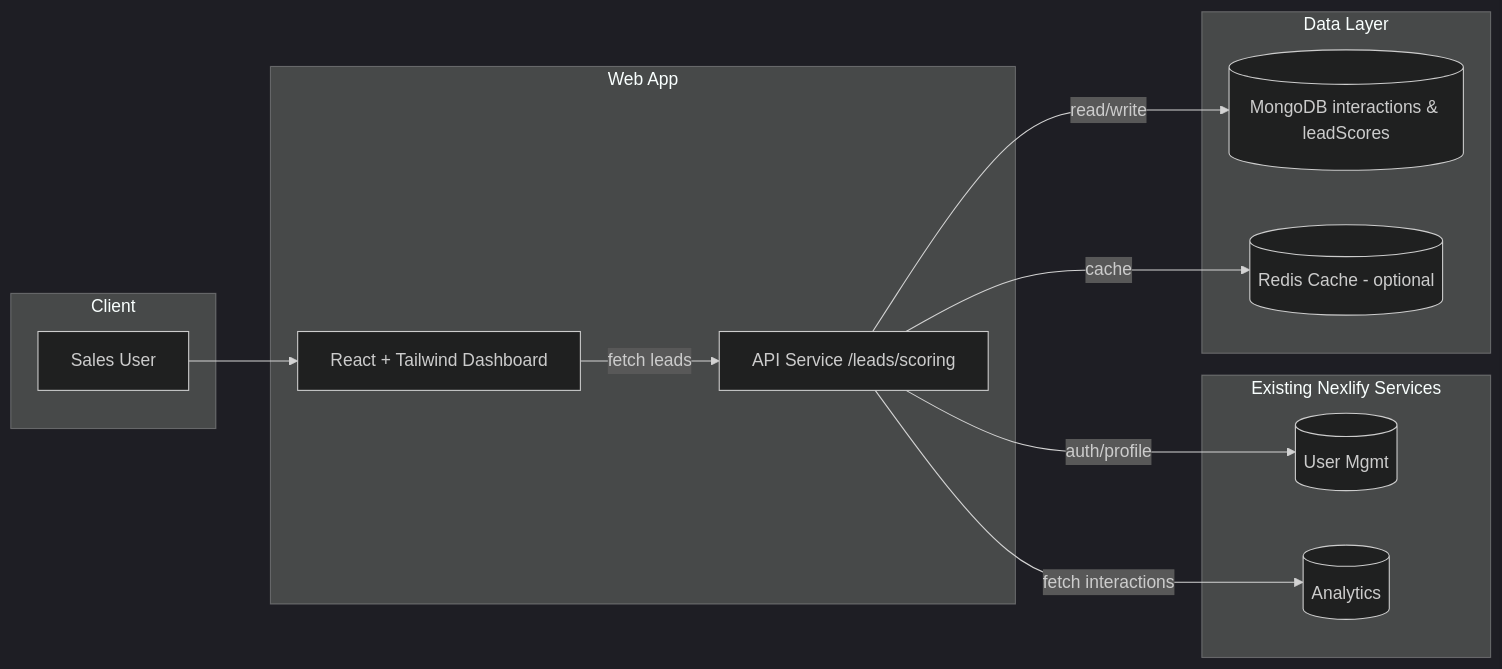
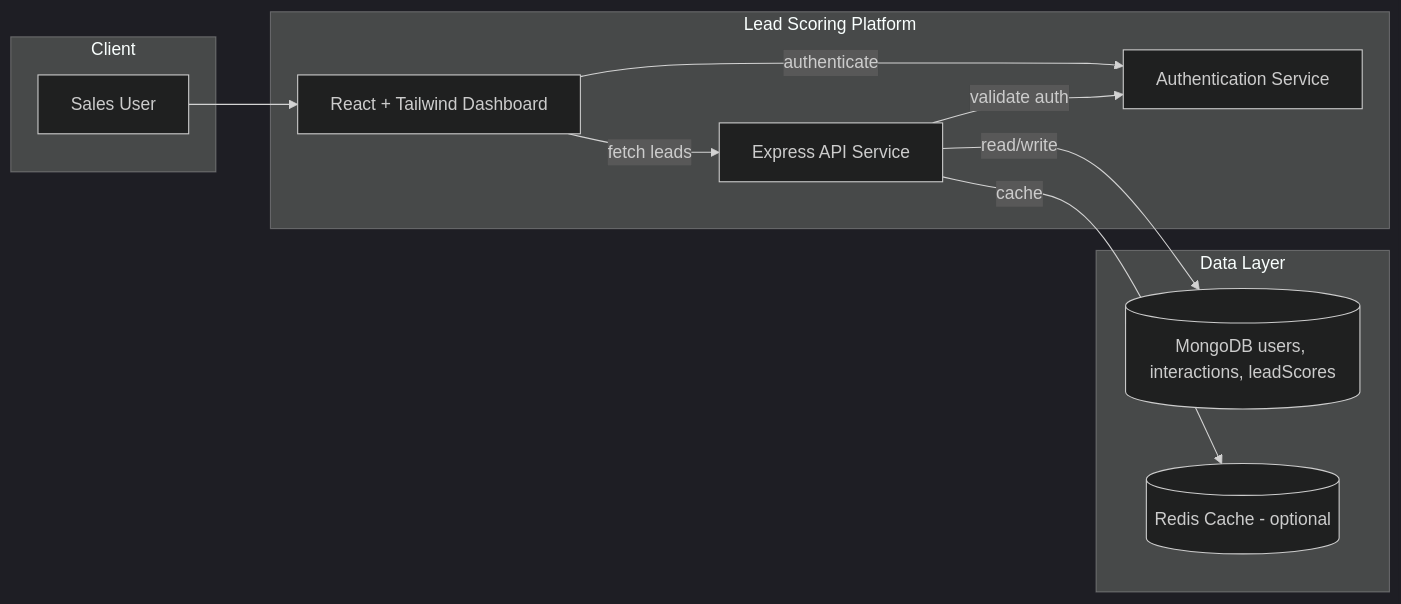
The diagram in .app_spec.md (sneakyaneurysm/nexlify-lead-scorer), drawn with Mermaid (dark theme) before and after one commit. The commit also changed other lines of this file and 1 other file, not shown here.

First line of the commit message:
refactor: convert to standalone Lead Scoring Platform

````diff
--- a/.app_spec.md
+++ b/.app_spec.md
@@ -15,24 +16,21 @@
 ```mermaid
 flowchart LR
   subgraph Client
     U[Sales User]
   end
-  subgraph Web[Web App]
+  subgraph App[Lead Scoring Platform]
     FE[React + Tailwind Dashboard]
-    API[API Service /leads/scoring]
-  end
-  subgraph SVC[Existing Nexlify Services]
-    UM[(User Mgmt)]
-    AN[(Analytics)]
+    API[Express API Service]
+    AUTH[Authentication Service]
   end
   subgraph DB[Data Layer]
-    MDB[(MongoDB interactions & leadScores)]
+    MDB[(MongoDB users, interactions, leadScores)]
     CACHE[(Redis Cache - optional)]
   end
   U --> FE
+  FE -->|authenticate| AUTH
   FE -->|fetch leads| API
-  API -->|auth/profile| UM
-  API -->|fetch interactions| AN
+  API -->|validate auth| AUTH
   API -->|read/write| MDB
   API -->|cache| CACHE
 ```
````
